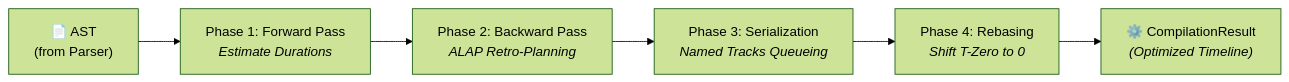
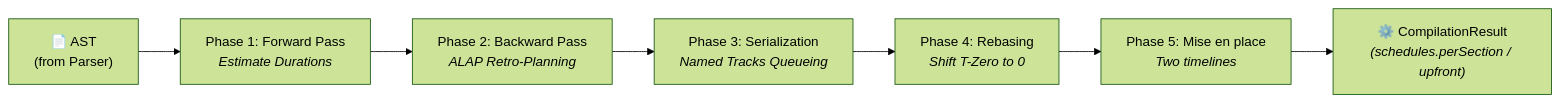
One commit to gram-lang/gram changed the diagram in packages/docs/src/content/docs/docs/explanation/engine/kitchen.md. Above: the diagram before and after it, drawn with Mermaid (forest theme). The commit also changed other lines of this file and 35 other files, not shown here.

Commit message:
docs: document mise en place scheduling and the deprecated timing fields

````diff
--- a/packages/docs/src/content/docs/docs/explanation/engine/kitchen.md
+++ b/packages/docs/src/content/docs/docs/explanation/engine/kitchen.md
@@ -26,8 +27,9 @@
 ```mermaid
 flowchart LR
     AST["📄 AST<br/>(from Parser)"] --> P1["Phase 1: Forward Pass<br/><i>Estimate Durations</i>"]
     P1 --> P2["Phase 2: Backward Pass<br/><i>ALAP Retro-Planning</i>"]
     P2 --> P3["Phase 3: Serialization<br/><i>Named Tracks Queueing</i>"]
     P3 --> P4["Phase 4: Rebasing<br/><i>Shift T-Zero to 0</i>"]
-    P4 --> Result["⚙️ CompilationResult<br/><i>(Optimized Timeline)</i>"]
+    P4 --> P5["Phase 5: Mise en place<br/><i>Two timelines</i>"]
+    P5 --> Result["⚙️ CompilationResult<br/><i>(schedules.perSection / upfront)</i>"]
 ```
````
